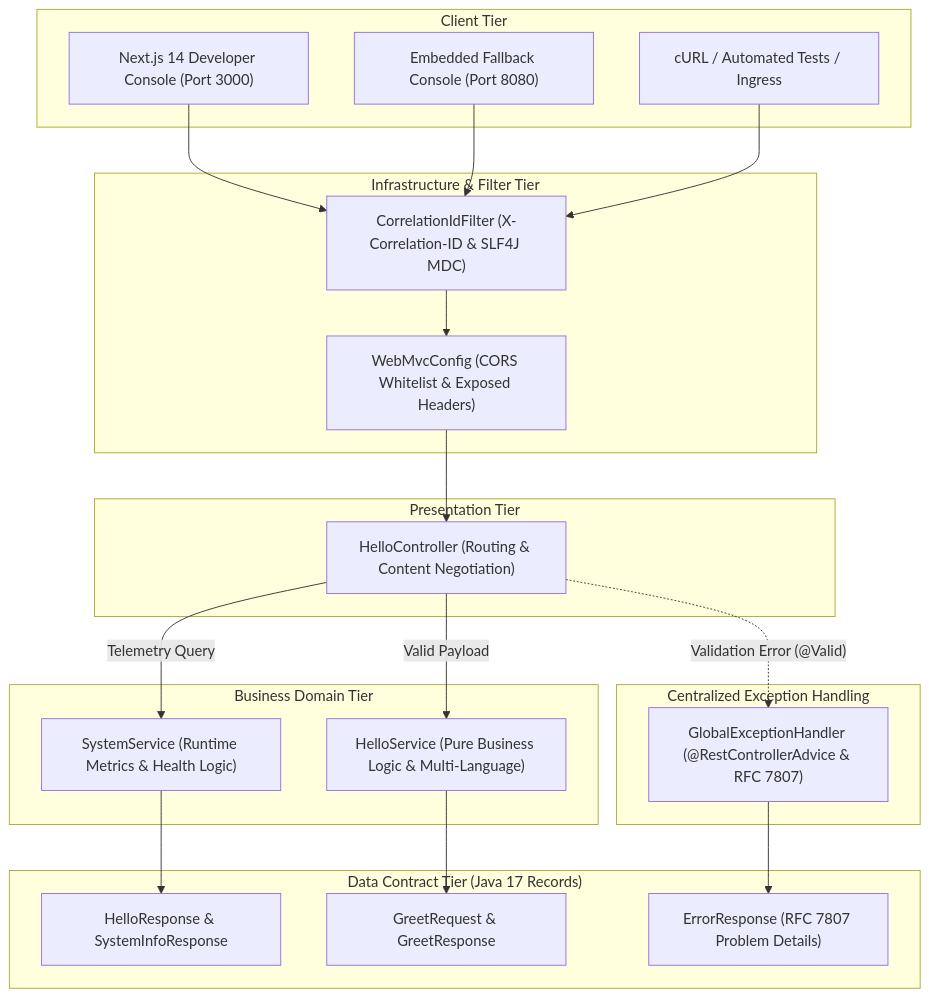
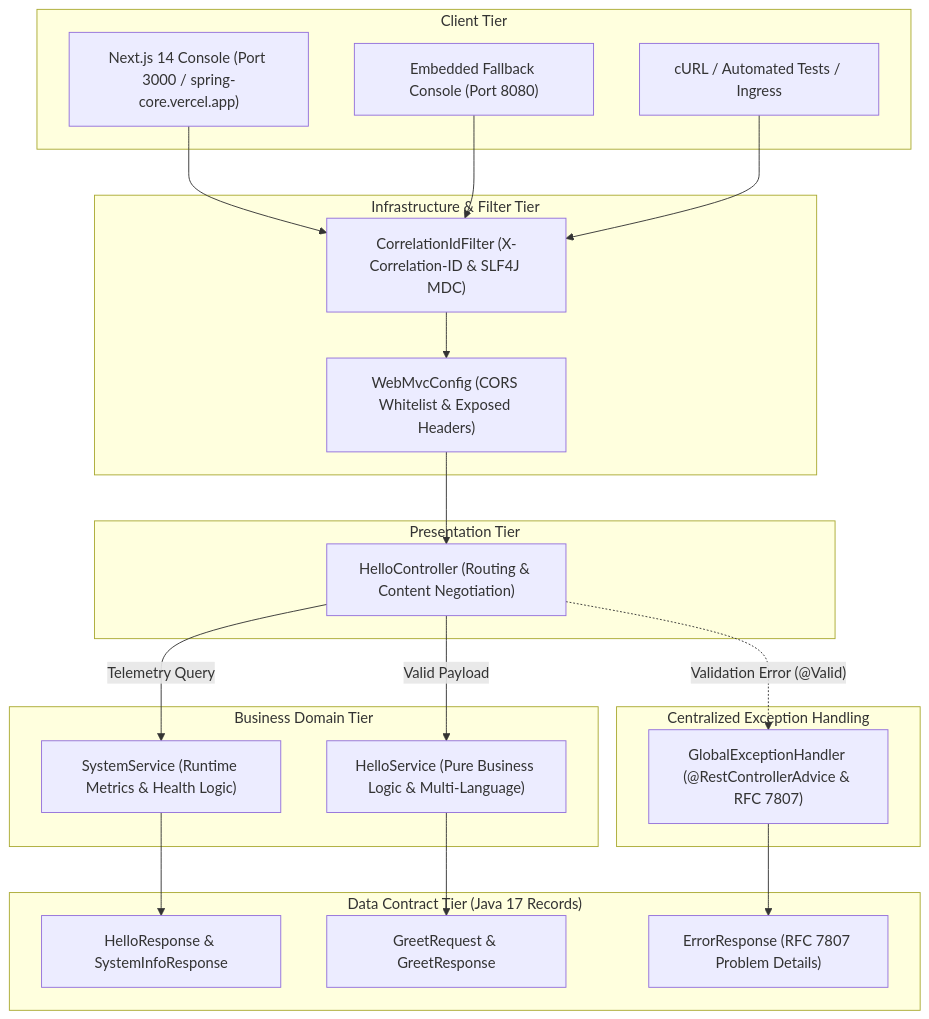
One commit to aaditya09750/SpringCore changed the first of 2 diagrams in ARCHITECTURE.md. Above: the diagram before and after it, drawn with Mermaid. The commit also changed other lines of this file and 6 other files, not shown here.

````diff
--- a/ARCHITECTURE.md
+++ b/ARCHITECTURE.md
@@ -13,44 +17,44 @@
 ```mermaid
 flowchart TD
     subgraph ClientTier["Client Tier"]
-        UI["Next.js 14 Developer Console (Port 3000)"]
+        UI["Next.js 14 Console (Port 3000 / spring-core.vercel.app)"]
         Static["Embedded Fallback Console (Port 8080)"]
         Curl["cURL / Automated Tests / Ingress"]
     end
 
     subgraph FilterTier["Infrastructure & Filter Tier"]
         Trace["CorrelationIdFilter (X-Correlation-ID & SLF4J MDC)"]
         CORS["WebMvcConfig (CORS Whitelist & Exposed Headers)"]
     end
 
     subgraph PresentationTier["Presentation Tier"]
         Ctrl["HelloController (Routing & Content Negotiation)"]
     end
 
     subgraph DomainTier["Business Domain Tier"]
         Svc["HelloService (Pure Business Logic & Multi-Language)"]
         Sys["SystemService (Runtime Metrics & Health Logic)"]
     end
 
     subgraph ExceptionTier["Centralized Exception Handling"]
         GEH["GlobalExceptionHandler (@RestControllerAdvice & RFC 7807)"]
     end
 
     subgraph ContractTier["Data Contract Tier (Java 17 Records)"]
         DTO1["HelloResponse & SystemInfoResponse"]
         DTO2["GreetRequest & GreetResponse"]
         DTO3["ErrorResponse (RFC 7807 Problem Details)"]
     end
 
     UI --> Trace
     Static --> Trace
     Curl --> Trace
     Trace --> CORS
     CORS --> Ctrl
     Ctrl -->|"Valid Payload"| Svc
     Ctrl -->|"Telemetry Query"| Sys
     Ctrl -.->|"Validation Error (@Valid)"| GEH
     Svc --> DTO2
     Sys --> DTO1
     GEH --> DTO3
 ```
````
